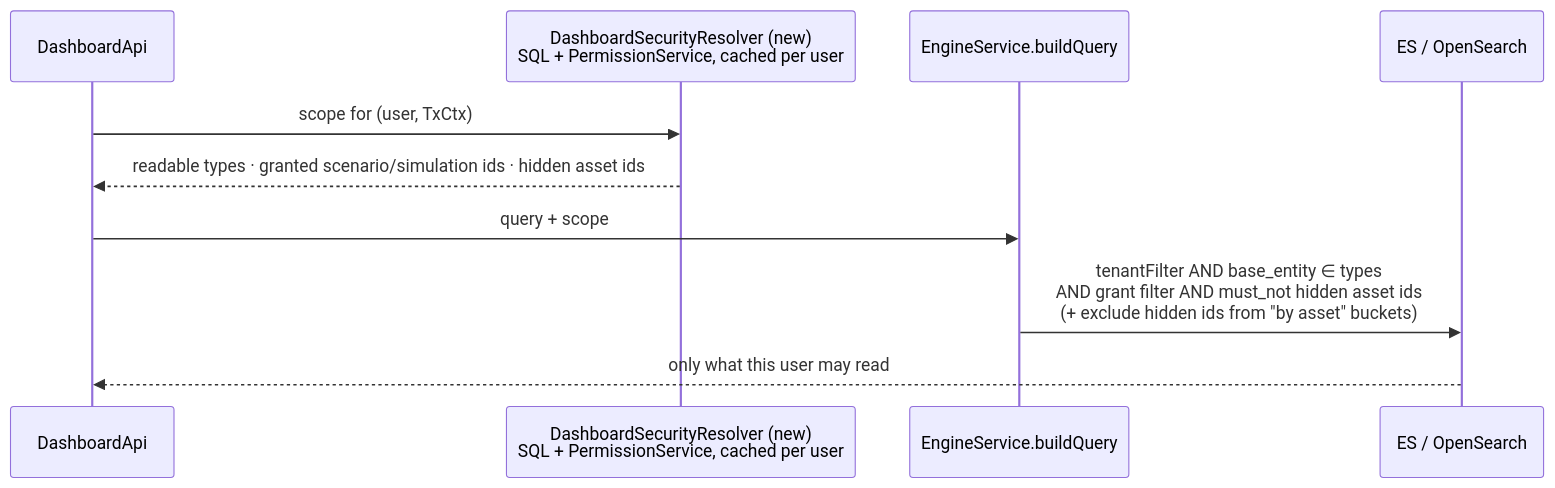
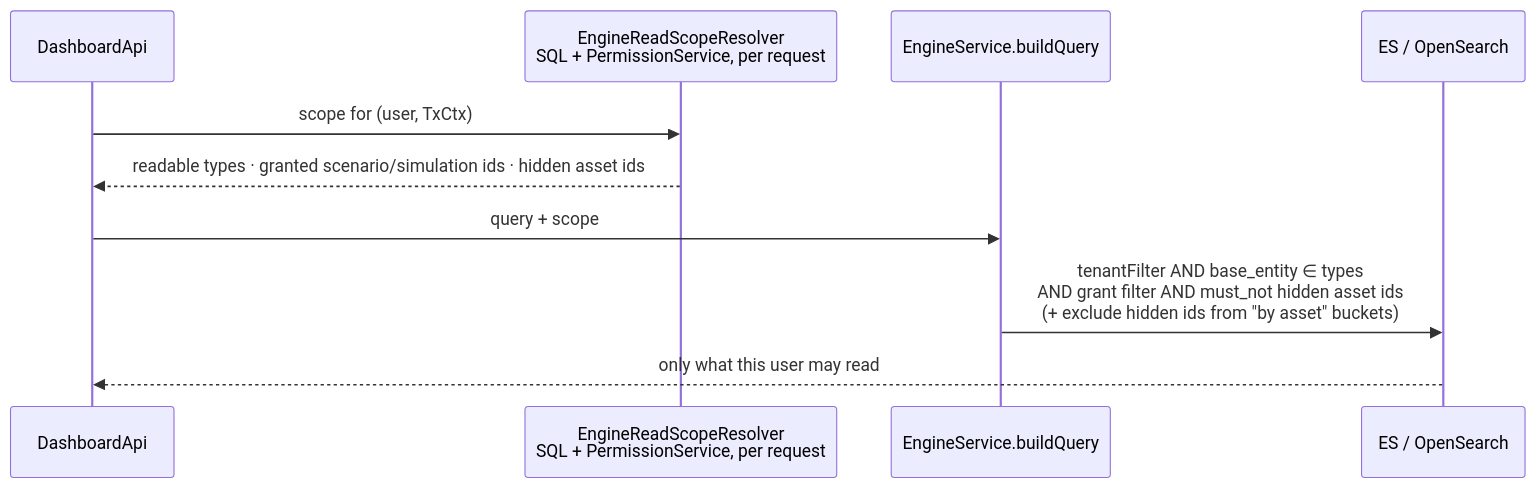
Before and after one commit to OpenBAS-Platform/openbas: the first of 3 diagrams in brainstorming/marking/task4/tech-design-dashboard.md, drawn with Mermaid. The commit also changed other lines of this file and 21 other files, not shown here.

````diff
--- a/brainstorming/marking/task4/tech-design-dashboard.md
+++ b/brainstorming/marking/task4/tech-design-dashboard.md
@@ -185,13 +185,13 @@
 ```mermaid
 sequenceDiagram
     participant API as DashboardApi
-    participant SEC as DashboardSecurityResolver (new)<br/>SQL + PermissionService, cached per user
+    participant SEC as EngineReadScopeResolver<br/>SQL + PermissionService, per request
     participant ENG as EngineService.buildQuery
     participant ES as ES / OpenSearch
 
     API->>SEC: scope for (user, TxCtx)
     SEC-->>API: readable types · granted scenario/simulation ids · hidden asset ids
     API->>ENG: query + scope
     ENG->>ES: tenantFilter AND base_entity ∈ types<br/>AND grant filter AND must_not hidden asset ids<br/>(+ exclude hidden ids from "by asset" buckets)
     ES-->>API: only what this user may read
 ```
````
